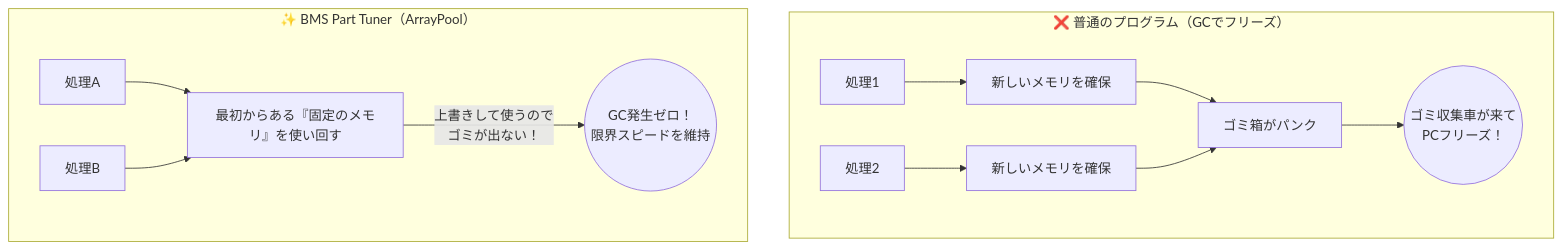
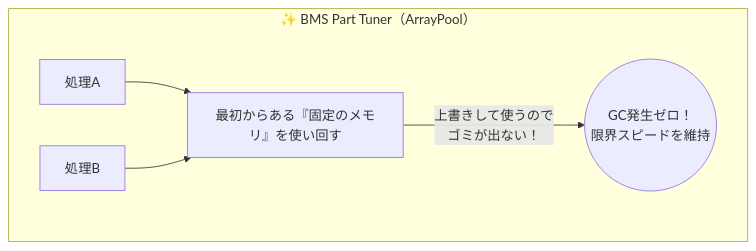
One commit to bms-atelier-kyokufu/BmsPartTuner changed the second of 7 diagrams in docs/casual_guide.md. Above: the diagram before and after it, drawn with Mermaid.

Commit message:
docs: add casual guide for BmsPartTuner usage

````diff
--- a/docs/casual_guide.md
+++ b/docs/casual_guide.md
@@ -137,16 +148,9 @@
 ```mermaid
 graph TD
-    subgraph with_gc ["❌ 普通のプログラム（GCでフリーズ）"]
-        処理1 --> 皿1[新しいメモリを確保]
-        処理2 --> 皿2[新しいメモリを確保]
-        皿1 --> ゴミ箱[ゴミ箱がパンク]
-        皿2 --> ゴミ箱
-        ゴミ箱 --> GC((ゴミ収集車が来て<br>PCフリーズ！))
-    end
     subgraph with_arraypool ["✨ BMS Part Tuner（ArrayPool）"]
         棚[最初からある『固定のメモリ』を使い回す]
         処理A --> 棚
         処理B --> 棚
         棚 --> |上書きして使うので<br>ゴミが出ない！| 爆速((GC発生ゼロ！<br>限界スピードを維持))
     end
 ```
````
